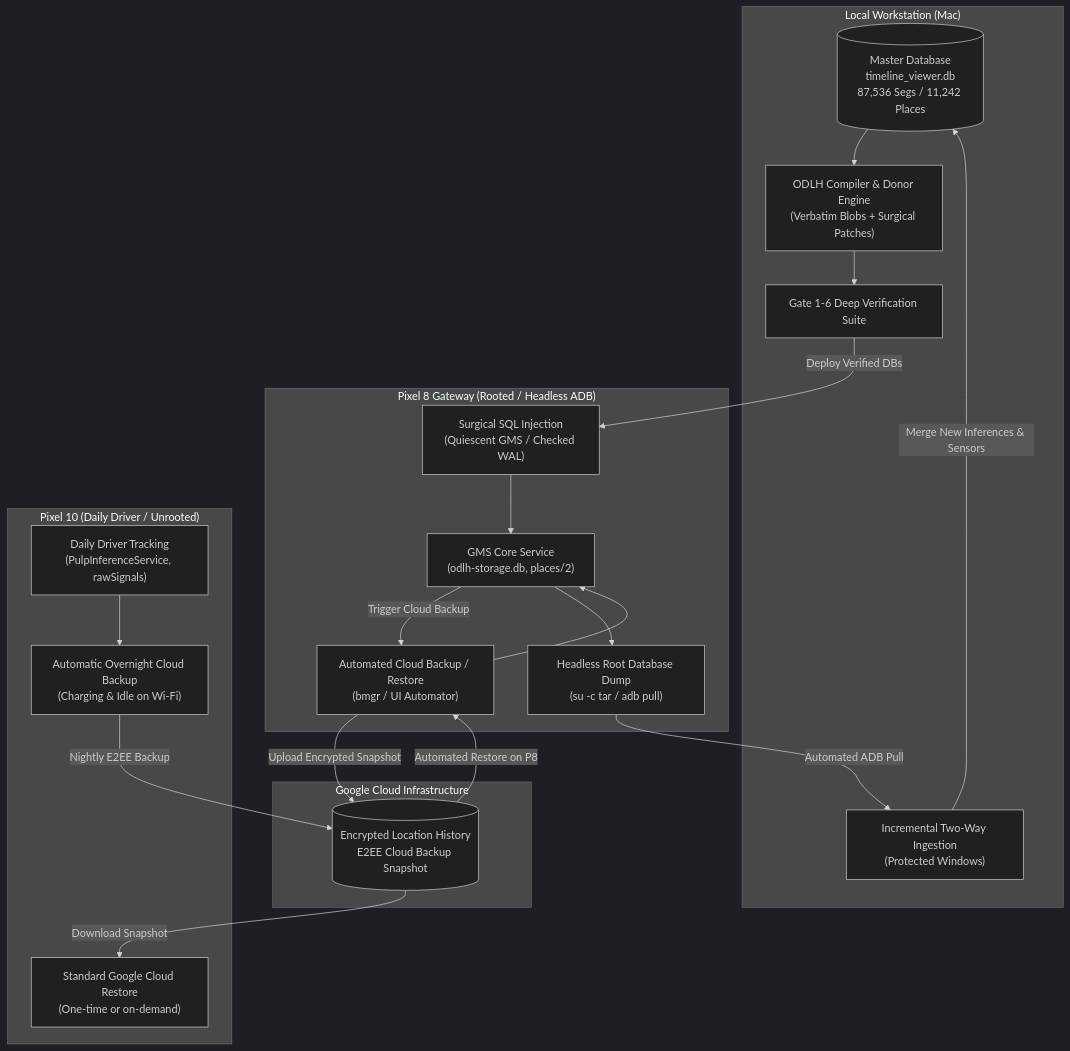
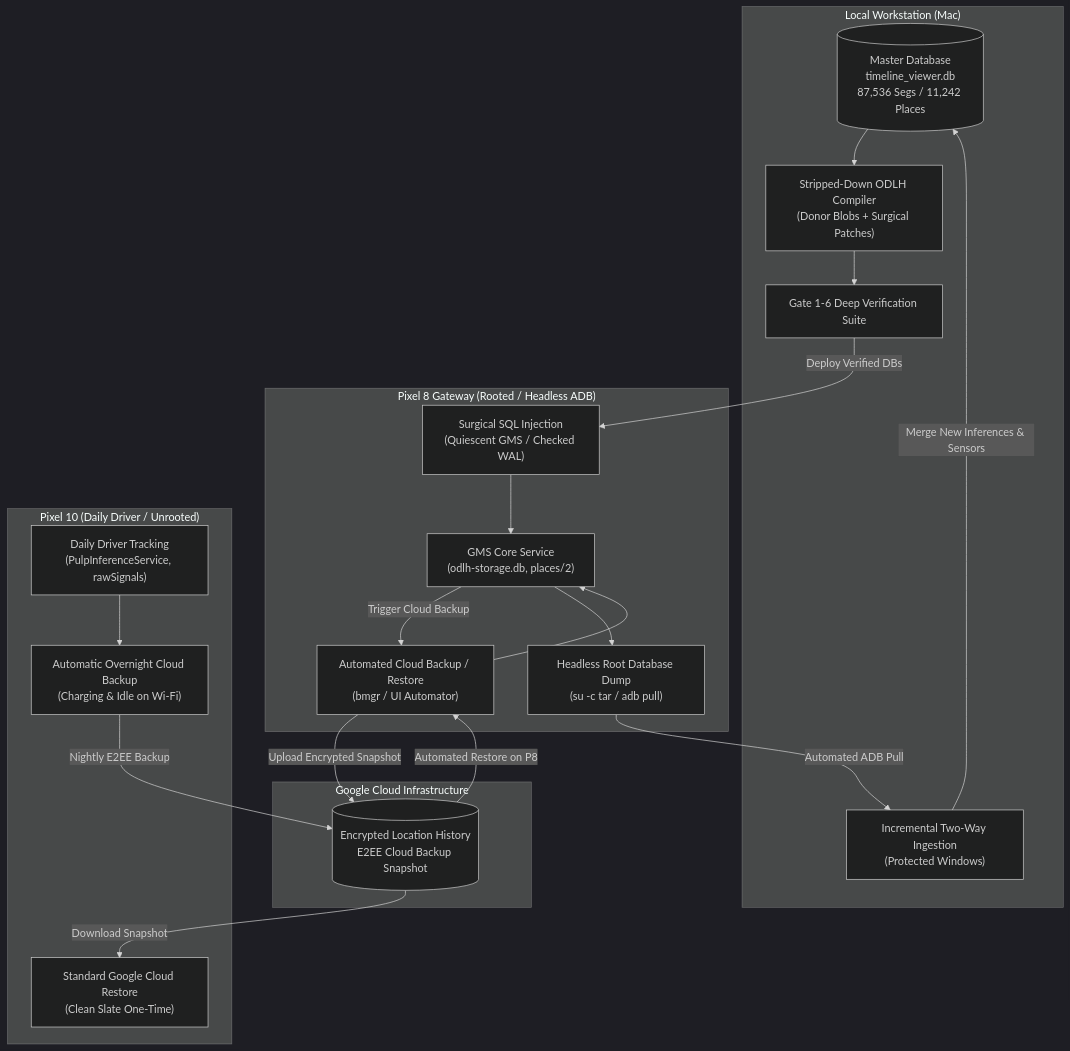
The diagram in docs/ROUNDTRIP_SYNC_SPECIFICATION.md (gregorrothfuss/mylifebits), drawn with Mermaid (dark theme) before and after one commit. The commit also changed other lines of this file, not shown here.

First line of the commit message:
docs(spec): document day-level skip behavior and stripped minimal wire engine

````diff
--- a/docs/ROUNDTRIP_SYNC_SPECIFICATION.md
+++ b/docs/ROUNDTRIP_SYNC_SPECIFICATION.md
@@ -53,44 +156,44 @@
 ```mermaid
 flowchart TD
     subgraph Local_Workstation ["Local Workstation (Mac)"]
         MASTER_DB[("Master Database<br/>timeline_viewer.db<br/>87,536 Segs / 11,242 Places")]
-        COMPILER["ODLH Compiler & Donor Engine<br/>(Verbatim Blobs + Surgical Patches)"]
+        STRIP_COMPILER["Stripped-Down ODLH Compiler<br/>(Donor Blobs + Surgical Patches)"]
         DIFF_AUDIT["Gate 1-6 Deep Verification Suite"]
         INGEST_ENG["Incremental Two-Way Ingestion<br/>(Protected Windows)"]
     end
 
     subgraph Pixel8_Gateway ["Pixel 8 Gateway (Rooted / Headless ADB)"]
         P8_SQL["Surgical SQL Injection<br/>(Quiescent GMS / Checked WAL)"]
         P8_GMS["GMS Core Service<br/>(odlh-storage.db, places/2)"]
         P8_BMGR["Automated Cloud Backup / Restore<br/>(bmgr / UI Automator)"]
         P8_EXTRACT["Headless Root Database Dump<br/>(su -c tar / adb pull)"]
     end
 
     subgraph Google_Cloud ["Google Cloud Infrastructure"]
         G_BACKUP[("Encrypted Location History<br/>E2EE Cloud Backup Snapshot")]
     end
 
     subgraph Pixel10_Prod ["Pixel 10 (Daily Driver / Unrooted)"]
-        P10_RESTORE["Standard Google Cloud Restore<br/>(One-time or on-demand)"]
+        P10_RESTORE["Standard Google Cloud Restore<br/>(Clean Slate One-Time)"]
         P10_LIVE["Daily Driver Tracking<br/>(PulpInferenceService, rawSignals)"]
         P10_AUTO_BACKUP["Automatic Overnight Cloud Backup<br/>(Charging & Idle on Wi-Fi)"]
     end
 
     %% FORWARD SYNC
-    MASTER_DB --> COMPILER
-    COMPILER --> DIFF_AUDIT
+    MASTER_DB --> STRIP_COMPILER
+    STRIP_COMPILER --> DIFF_AUDIT
     DIFF_AUDIT -->|"Deploy Verified DBs"| P8_SQL
     P8_SQL --> P8_GMS
     P8_GMS -->|"Trigger Cloud Backup"| P8_BMGR
     P8_BMGR -->|"Upload Encrypted Snapshot"| G_BACKUP
     G_BACKUP -->|"Download Snapshot"| P10_RESTORE
 
     %% REVERSE SYNC (AUTOMATED)
     P10_LIVE --> P10_AUTO_BACKUP
     P10_AUTO_BACKUP -->|"Nightly E2EE Backup"| G_BACKUP
     G_BACKUP -->|"Automated Restore on P8"| P8_BMGR
     P8_BMGR --> P8_GMS
     P8_GMS --> P8_EXTRACT
     P8_EXTRACT -->|"Automated ADB Pull"| INGEST_ENG
     INGEST_ENG -->|"Merge New Inferences & Sensors"| MASTER_DB
 ```
````
